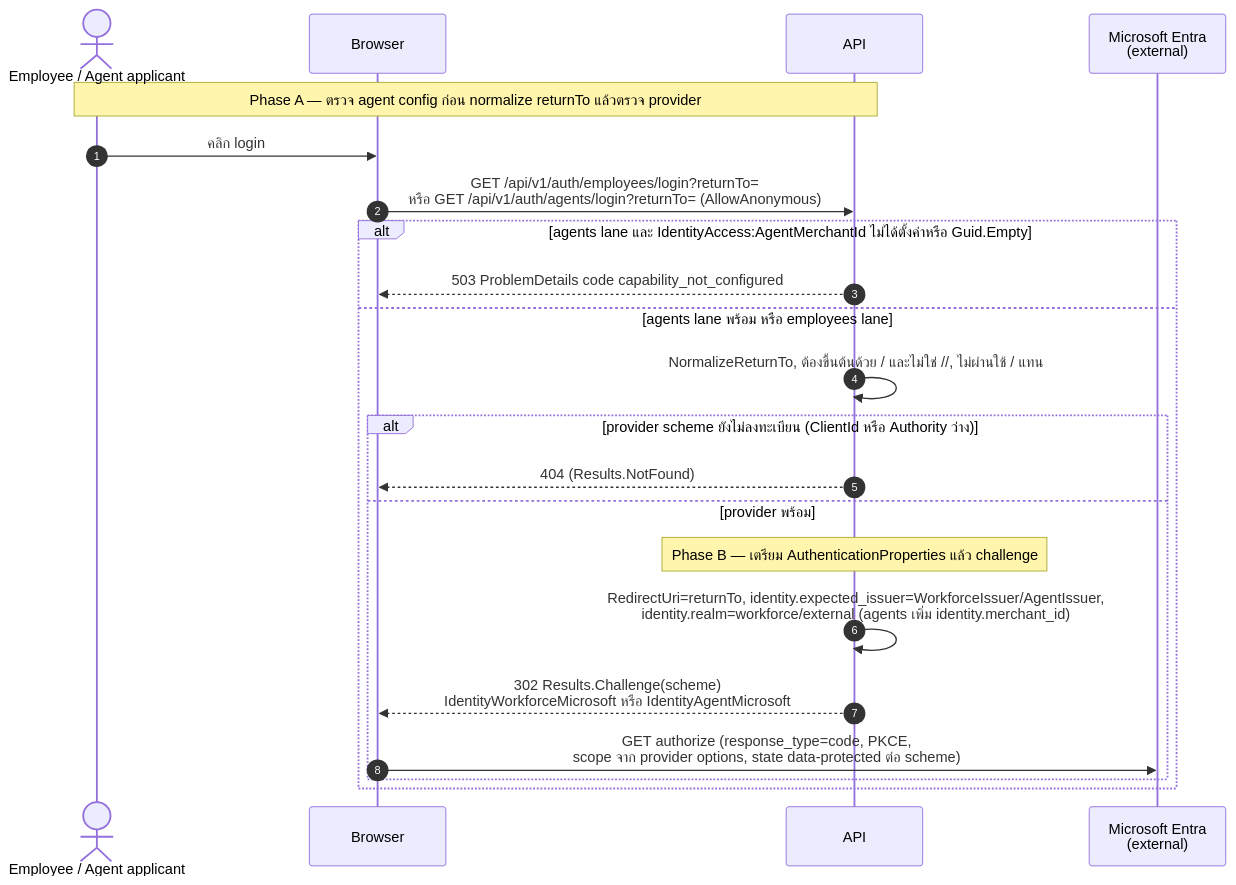
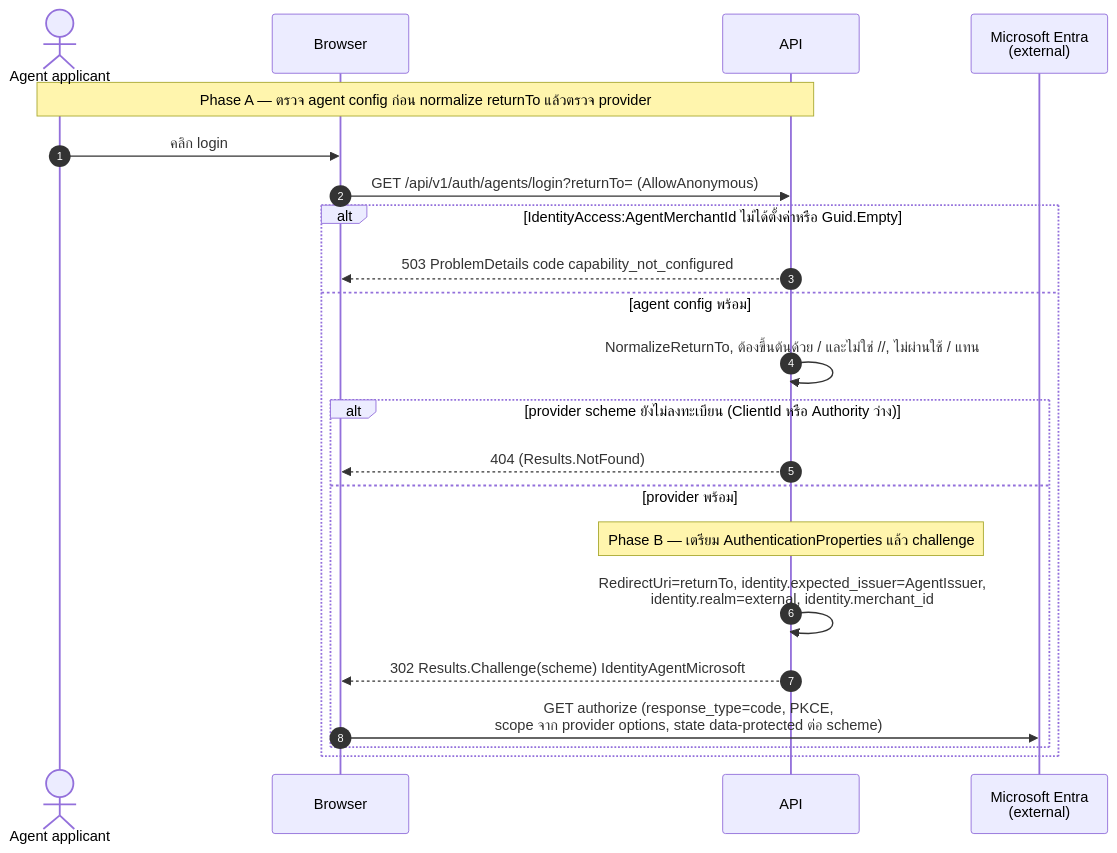
The second of 8 diagrams in outputs/diagrams/2026-09-14_api-endpoints_v1/01-identity-bff-oauth.sequences.md (metrodiesign/pol-core), drawn with Mermaid before and after one commit. The commit also changed other lines of this file and 42 other files, not shown here.

First line of the commit message:
docs: align reference docs and the API diagram set with the Bearer-only admin plane

````diff
--- a/outputs/diagrams/2026-09-14_api-endpoints_v1/01-identity-bff-oauth.sequences.md
+++ b/outputs/diagrams/2026-09-14_api-endpoints_v1/01-identity-bff-oauth.sequences.md
@@ -55,25 +54,25 @@
 ```mermaid
 sequenceDiagram
     autonumber
-    actor U as Employee / Agent applicant
+    actor U as Agent applicant
     participant Browser
     participant API
     participant IdP as Microsoft Entra<br/>(external)
 
     Note over U,API: Phase A — ตรวจ agent config ก่อน normalize returnTo แล้วตรวจ provider
     U->>Browser: คลิก login
-    Browser->>API: GET /api/v1/auth/employees/login?returnTo=<br/>หรือ GET /api/v1/auth/agents/login?returnTo= (AllowAnonymous)
-    alt agents lane และ IdentityAccess:AgentMerchantId ไม่ได้ตั้งค่าหรือ Guid.Empty
+    Browser->>API: GET /api/v1/auth/agents/login?returnTo= (AllowAnonymous)
+    alt IdentityAccess:AgentMerchantId ไม่ได้ตั้งค่าหรือ Guid.Empty
         API-->>Browser: 503 ProblemDetails code capability_not_configured
-    else agents lane พร้อม หรือ employees lane
+    else agent config พร้อม
         API->>API: NormalizeReturnTo, ต้องขึ้นต้นด้วย / และไม่ใช่ //, ไม่ผ่านใช้ / แทน
         alt provider scheme ยังไม่ลงทะเบียน (ClientId หรือ Authority ว่าง)
             API-->>Browser: 404 (Results.NotFound)
         else provider พร้อม
             Note over API: Phase B — เตรียม AuthenticationProperties แล้ว challenge
-            API->>API: RedirectUri=returnTo, identity.expected_issuer=WorkforceIssuer/AgentIssuer,<br/>identity.realm=workforce/external (agents เพิ่ม identity.merchant_id)
-            API-->>Browser: 302 Results.Challenge(scheme)<br/>IdentityWorkforceMicrosoft หรือ IdentityAgentMicrosoft
+            API->>API: RedirectUri=returnTo, identity.expected_issuer=AgentIssuer,<br/>identity.realm=external, identity.merchant_id
+            API-->>Browser: 302 Results.Challenge(scheme) IdentityAgentMicrosoft
             Browser->>IdP: GET authorize (response_type=code, PKCE,<br/>scope จาก provider options, state data-protected ต่อ scheme)
         end
     end
 ```
````
